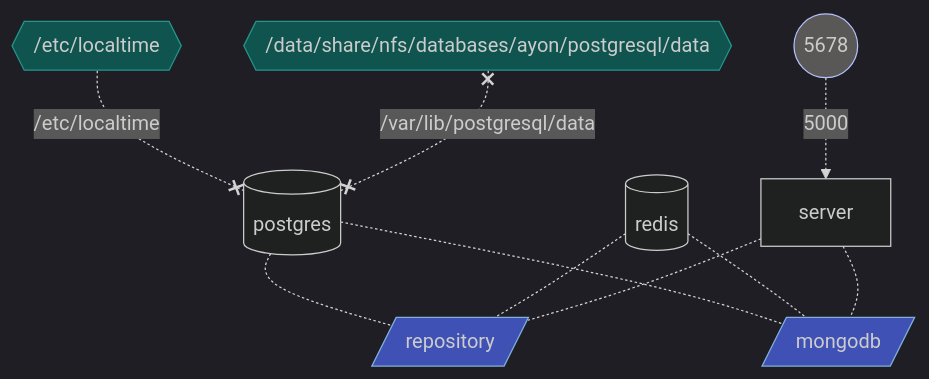
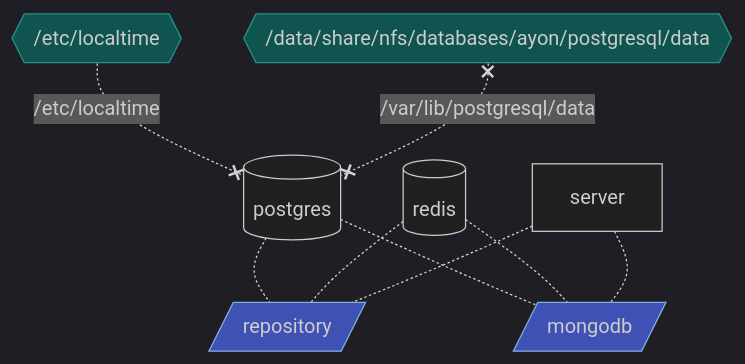
The diagram in 10.2/mermaid/ayon-docker.mermaid (michimussato/OpenStudioLandscapes), drawn with Mermaid before and after one commit. The commit also changed 5 other files, not shown here.

```diff
--- a/10.2/mermaid/ayon-docker.mermaid
+++ b/10.2/mermaid/ayon-docker.mermaid
@@ -1,18 +1,15 @@
 %%{init: {'theme': 'dark'}}%%
 flowchart TB
   Vetclocaltime{{/etc/localtime}} -. /etc/localtime .-x postgres[(postgres)]
   Vdatasharenfsdatabasesayonpostgresqldata{{/data/share/nfs/databases/ayon/postgresql/data}} x-. /var/lib/postgresql/data .-x postgres
-  P0((5678)) -. 5000 .-> server
   postgres -.- repository[/repository/]
   redis[(redis)] -.- repository
   server -.- repository
   postgres -.- mongodb[/mongodb/]
   redis -.- mongodb
   server -.- mongodb
 
   classDef volumes fill:#0f544e,stroke:#23968b
   class Vetclocaltime,Vdatasharenfsdatabasesayonpostgresqldata volumes
-  classDef ports fill:#5a5757,stroke:#b6c2ff
-  class P0 ports
   classDef nets fill:#3f51b5,stroke:#81B1DB
   class repository,mongodb nets
```
